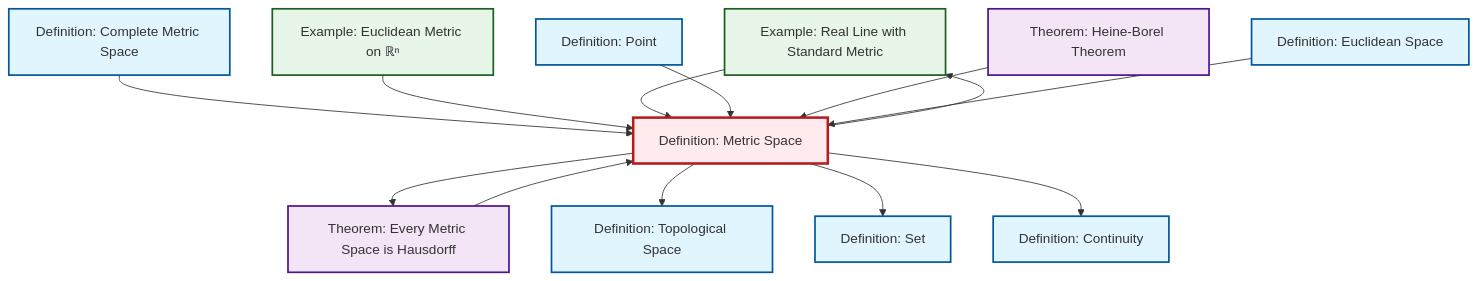
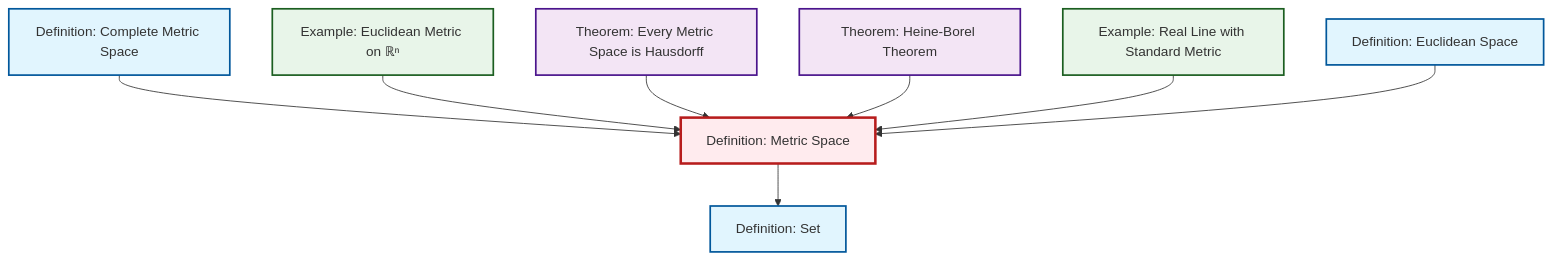
The diagram in output/mermaid/def-metric-space.mermaid (RK0429/ModernMath), drawn with Mermaid before and after one commit. The commit also changed 511 other files, not shown here.

````diff
--- a/output/mermaid/def-metric-space.mermaid
+++ b/output/mermaid/def-metric-space.mermaid
@@ -1,33 +1,25 @@
 ```{mermaid}
 %%| fig-cap: "Local dependency graph"
 graph TD
     classDef definition fill:#e1f5fe,stroke:#01579b,stroke-width:2px
     classDef theorem fill:#f3e5f5,stroke:#4a148c,stroke-width:2px
     classDef axiom fill:#fff3e0,stroke:#e65100,stroke-width:2px
     classDef example fill:#e8f5e9,stroke:#1b5e20,stroke-width:2px
     classDef current fill:#ffebee,stroke:#b71c1c,stroke-width:3px
-    def-continuity["Definition: Continuity"]:::definition
-    def-topological-space["Definition: Topological Space"]:::definition
+    thm-metric-hausdorff["Theorem: Every Metric Space is Hausdorff"]:::theorem
+    ex-euclidean-metric["Example: Euclidean Metric on ℝⁿ"]:::example
+    def-metric-space["Definition: Metric Space"]:::definition
+    def-euclidean-space["Definition: Euclidean Space"]:::definition
+    def-complete-metric-space["Definition: Complete Metric Space"]:::definition
+    ex-real-line-metric["Example: Real Line with Standard Metric"]:::example
     def-set["Definition: Set"]:::definition
-    ex-real-line-metric["Example: Real Line with Standard Metric"]:::example
-    thm-metric-hausdorff["Theorem: Every Metric Space is Hausdorff"]:::theorem
-    def-complete-metric-space["Definition: Complete Metric Space"]:::definition
-    def-metric-space["Definition: Metric Space"]:::definition
-    ex-euclidean-metric["Example: Euclidean Metric on ℝⁿ"]:::example
-    def-euclidean-space["Definition: Euclidean Space"]:::definition
-    def-point["Definition: Point"]:::definition
     thm-heine-borel["Theorem: Heine-Borel Theorem"]:::theorem
     def-complete-metric-space --> def-metric-space
-    def-metric-space --> ex-real-line-metric
     ex-euclidean-metric --> def-metric-space
+    thm-metric-hausdorff --> def-metric-space
+    def-metric-space --> def-set
+    thm-heine-borel --> def-metric-space
     ex-real-line-metric --> def-metric-space
-    def-point --> def-metric-space
-    def-metric-space --> thm-metric-hausdorff
-    thm-heine-borel --> def-metric-space
-    thm-metric-hausdorff --> def-metric-space
-    def-metric-space --> def-topological-space
-    def-metric-space --> def-set
-    def-metric-space --> def-continuity
     def-euclidean-space --> def-metric-space
     class def-metric-space current
 ```
````
